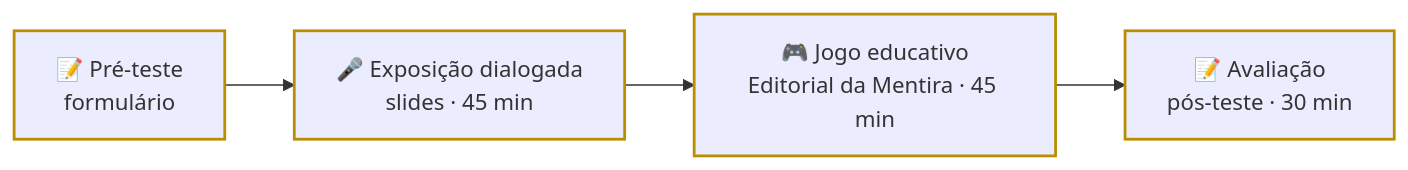
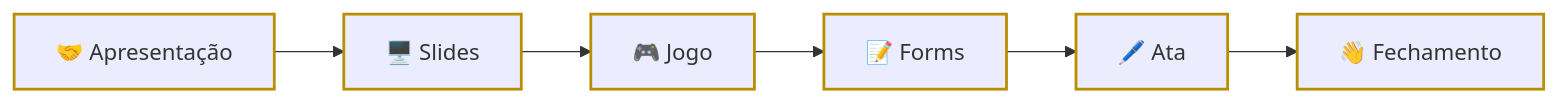
The third of 3 diagrams in README.md (DaviPerrelli15/editorial-da-mentira), drawn with Mermaid before and after one commit. The commit also changed other lines of this file and 5 other files, not shown here.

````diff
--- a/README.md
+++ b/README.md
@@ -199,8 +205,10 @@
 ```mermaid
 flowchart LR
-  A["📝 Pré-teste<br/>formulário"] --> B["🎤 Exposição dialogada<br/>slides · 45 min"]
-  B --> C["🎮 Jogo educativo<br/>Editorial da Mentira · 45 min"]
-  C --> D["📝 Avaliação<br/>pós-teste · 30 min"]
+  A["🤝 Apresentação"] --> B["🖥️ Slides"]
+  B --> C["🎮 Jogo"]
+  C --> D["📝 Forms"]
+  D --> E["🖊️ Ata"]
+  E --> F["👋 Fechamento"]
   classDef etapa stroke:#B98E00,stroke-width:2px
-  class A,B,C,D etapa
+  class A,B,C,D,E,F etapa
 ```
````
